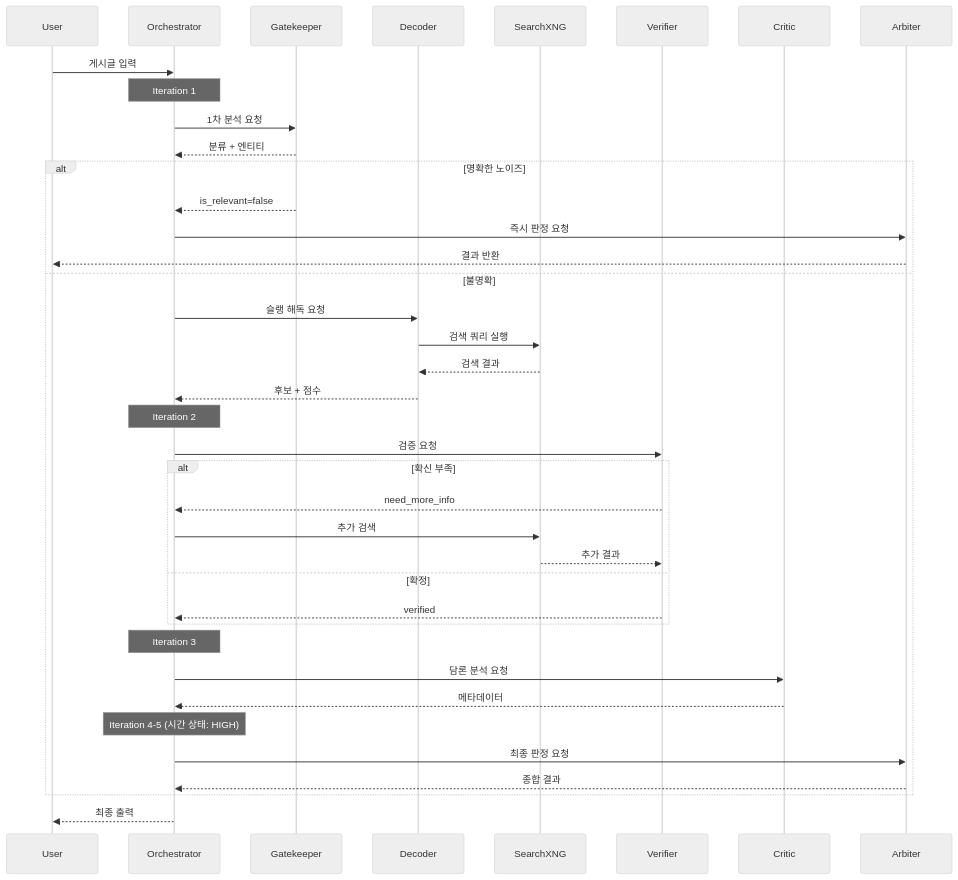
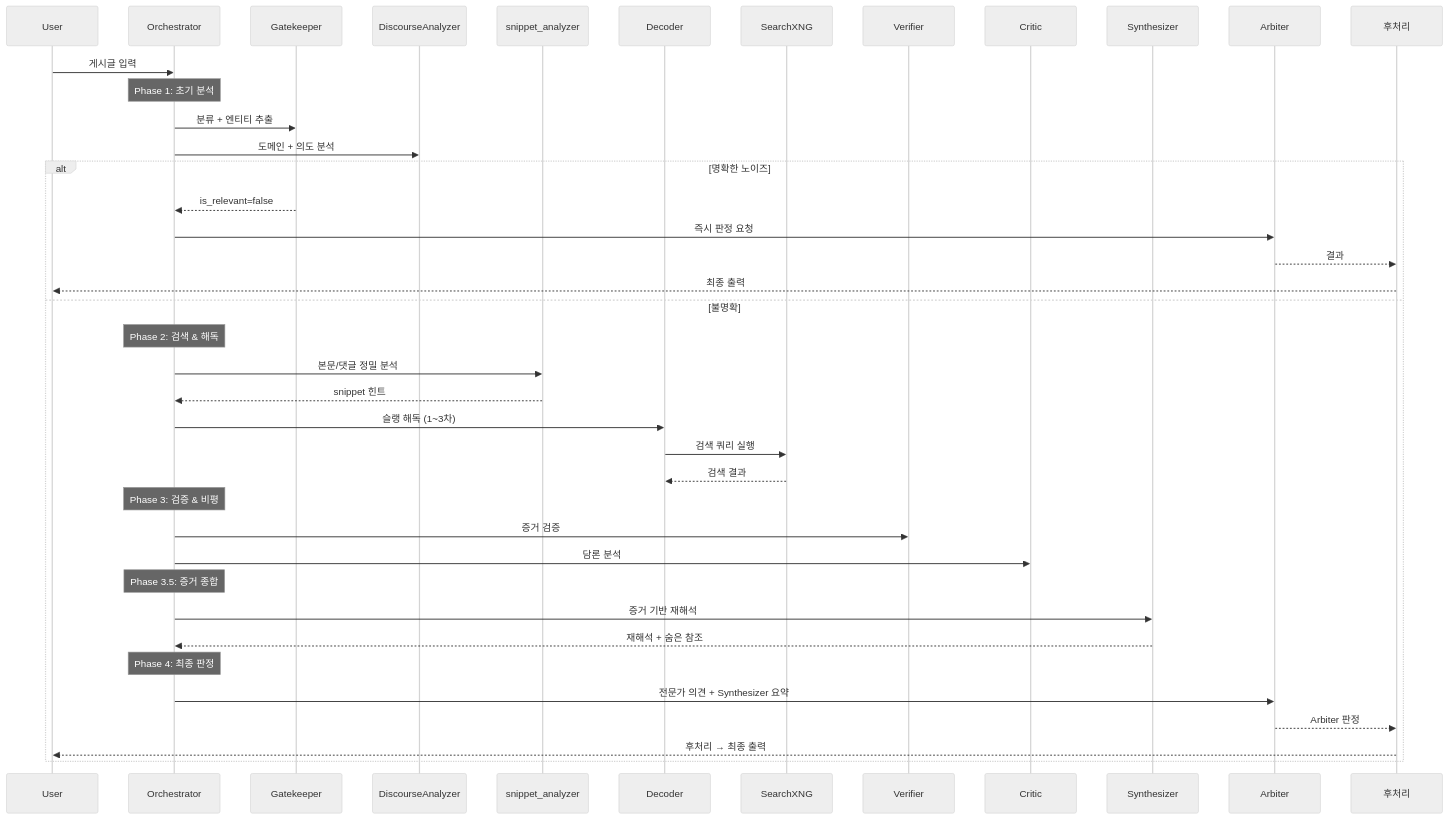
Before and after one commit to hostkimjang/llm_novel_dc_coommunity_parser: the second of 2 diagrams in expert_readme.md, drawn with Mermaid (neutral theme). The commit also changed other lines of this file, not shown here.

````diff
--- a/expert_readme.md
+++ b/expert_readme.md
@@ -787,49 +704,48 @@
 ```mermaid
 sequenceDiagram
     participant U as User
     participant O as Orchestrator
     participant GK as Gatekeeper
+    participant DA as DiscourseAnalyzer
+    participant SA as snippet_analyzer
     participant D as Decoder
     participant S as SearchXNG
     participant V as Verifier
     participant C as Critic
+    participant SY as Synthesizer
     participant A as Arbiter
+    participant PP as 후처리
 
     U->>O: 게시글 입력
-    
-    Note over O: Iteration 1
-    O->>GK: 1차 분석 요청
-    GK-->>O: 분류 + 엔티티
-    
+
+    Note over O: Phase 1: 초기 분석
+    O->>GK: 분류 + 엔티티 추출
+    O->>DA: 도메인 + 의도 분석
+
     alt 명확한 노이즈
         GK-->>O: is_relevant=false
         O->>A: 즉시 판정 요청
-        A-->>U: 결과 반환
+        A-->>PP: 결과
+        PP-->>U: 최종 출력
     else 불명확
-        O->>D: 슬랭 해독 요청
+        Note over O: Phase 2: 검색 & 해독
+        O->>SA: 본문/댓글 정밀 분석
+        SA-->>O: snippet 힌트
+        O->>D: 슬랭 해독 (1~3차)
         D->>S: 검색 쿼리 실행
         S-->>D: 검색 결과
-        D-->>O: 후보 + 점수
-        
-        Note over O: Iteration 2
-        O->>V: 검증 요청
-        
-        alt 확신 부족
-            V-->>O: need_more_info
-            O->>S: 추가 검색
-            S-->>V: 추가 결과
-        else 확정
-            V-->>O: verified
-        end
-        
-        Note over O: Iteration 3
-        O->>C: 담론 분석 요청
-        C-->>O: 메타데이터
-        
-        Note over O: Iteration 4-5 (시간 상태: HIGH)
-        O->>A: 최종 판정 요청
-        A-->>O: 종합 결과
+
+        Note over O: Phase 3: 검증 & 비평
+        O->>V: 증거 검증
+        O->>C: 담론 분석
+
+        Note over O: Phase 3.5: 증거 종합
+        O->>SY: 증거 기반 재해석
+        SY-->>O: 재해석 + 숨은 참조
+
+        Note over O: Phase 4: 최종 판정
+        O->>A: 전문가 의견 + Synthesizer 요약
+        A-->>PP: Arbiter 판정
+        PP-->>U: 후처리 → 최종 출력
     end
-    
-    O-->>U: 최종 출력
 ```
````
